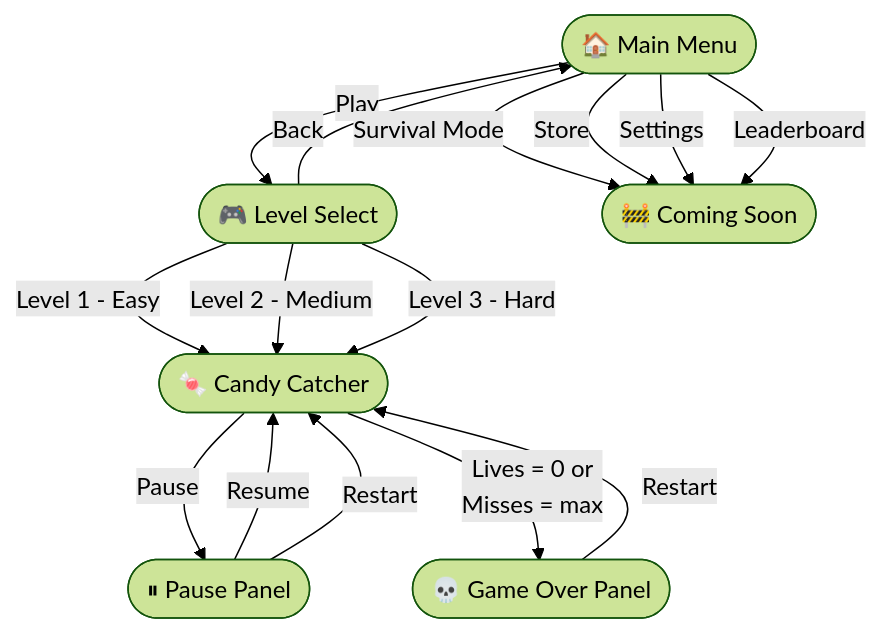
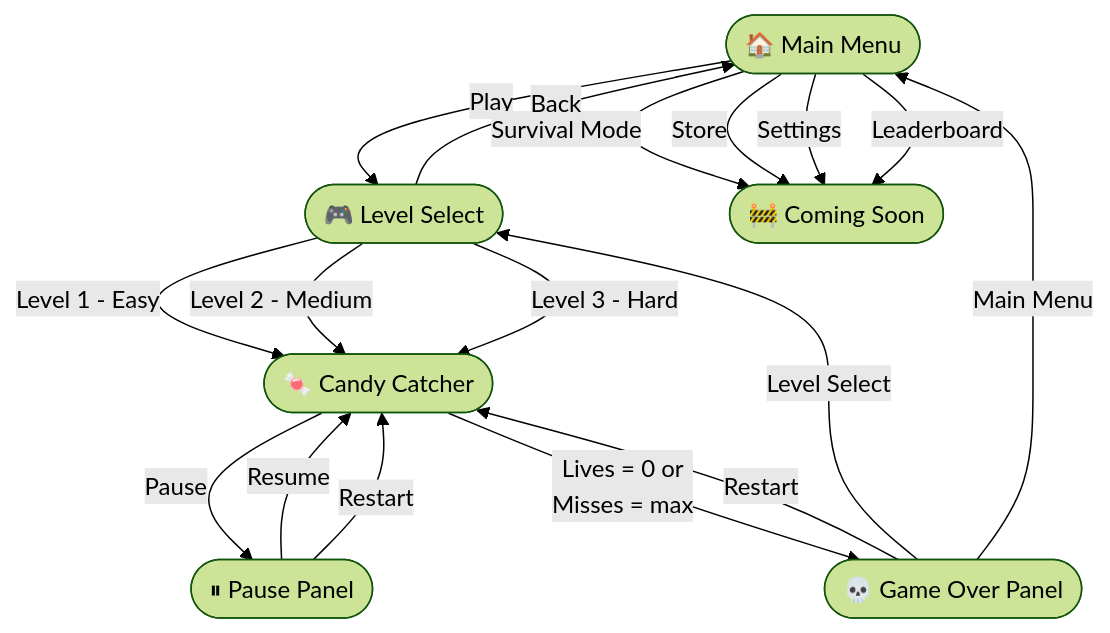
One commit to HamazingCoding/CandyCatchersGame changed the first of 3 diagrams in README.md. Above: the diagram before and after it, drawn with Mermaid (forest theme).

Commit message:
Update game flow diagram to include transitions from Game Over to Level Select and Main Menu

````diff
--- a/README.md
+++ b/README.md
@@ -28,17 +28,19 @@
 ```mermaid
 flowchart TD
     A([🏠 Main Menu]) -->|Play| B([🎮 Level Select])
     A -->|Survival Mode| C([🚧 Coming Soon])
     A -->|Store| C
     A -->|Settings| C
     A -->|Leaderboard| C
     B -->|Level 1 - Easy| D([🍬 Candy Catcher])
     B -->|Level 2 - Medium| D
     B -->|Level 3 - Hard| D
     B -->|Back| A
     D -->|Pause| E([⏸ Pause Panel])
     E -->|Resume| D
     E -->|Restart| D
     D -->|Lives = 0 or\nMisses = max| F([💀 Game Over Panel])
     F -->|Restart| D
+    F -->|Level Select| B
+    F -->|Main Menu| A
 ```
````
